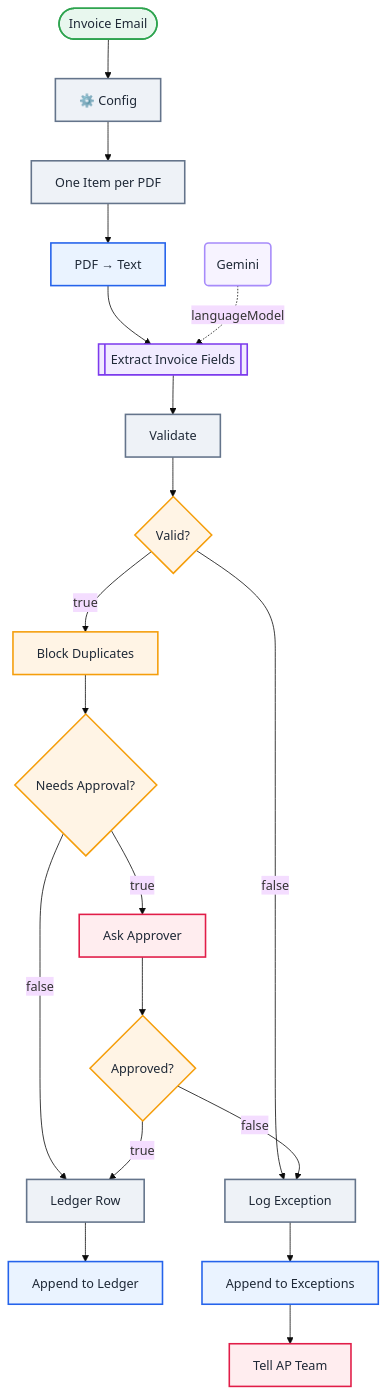
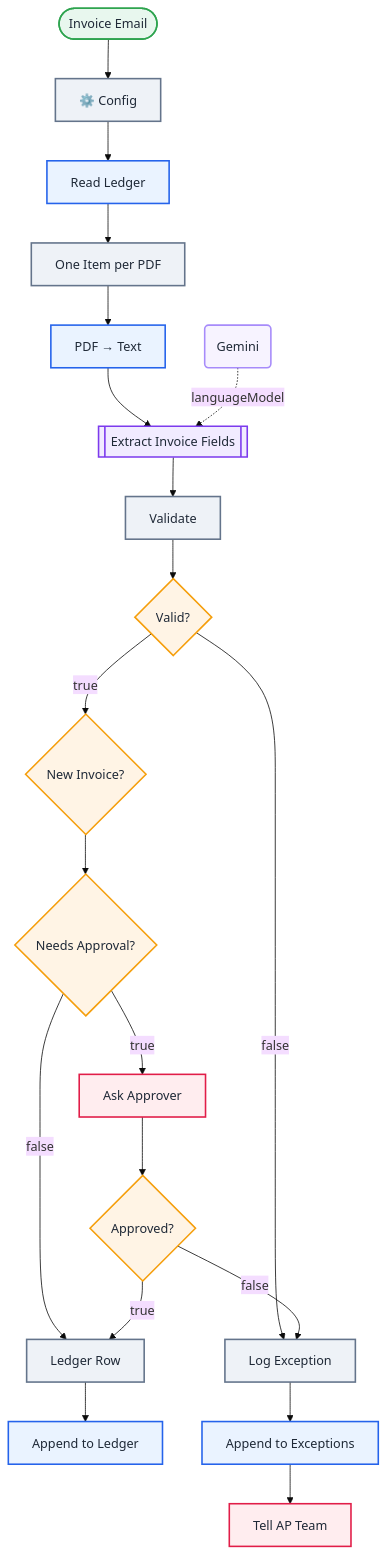
Before and after one commit to callme-siva/n8n-knowledge: the second of 2 diagrams in workflows/P01-invoice-processing-pipeline/README.md, drawn with Mermaid (base theme). The commit also changed other lines of this file and 118 other files, not shown here.

````diff
--- a/workflows/P01-invoice-processing-pipeline/README.md
+++ b/workflows/P01-invoice-processing-pipeline/README.md
@@ -61,46 +59,48 @@
 ```mermaid
 flowchart TB
   n0(["Invoice Email"]):::trigger
   n1["⚙️ Config"]:::code
-  n2["One Item per PDF"]:::code
-  n3["PDF → Text"]:::data
-  n4[["Extract Invoice Fields"]]:::ai
-  n5("Gemini"):::sub
-  n6["Validate"]:::code
-  n7{"Valid?"}:::logic
-  n8["Block Duplicates"]:::logic
-  n9{"Needs Approval?"}:::logic
-  n10["Ask Approver"]:::msg
-  n11{"Approved?"}:::logic
-  n12["Ledger Row"]:::code
-  n13["Append to Ledger"]:::data
-  n14["Log Exception"]:::code
-  n15["Append to Exceptions"]:::data
-  n16["Tell AP Team"]:::msg
+  n2["Read Ledger"]:::data
+  n3["One Item per PDF"]:::code
+  n4["PDF → Text"]:::data
+  n5[["Extract Invoice Fields"]]:::ai
+  n6("Gemini"):::sub
+  n7["Validate"]:::code
+  n8{"Valid?"}:::logic
+  n9{"New Invoice?"}:::logic
+  n10{"Needs Approval?"}:::logic
+  n11["Ask Approver"]:::msg
+  n12{"Approved?"}:::logic
+  n13["Ledger Row"]:::code
+  n14["Append to Ledger"]:::data
+  n15["Log Exception"]:::code
+  n16["Append to Exceptions"]:::data
+  n17["Tell AP Team"]:::msg
   n0 --> n1
   n1 --> n2
   n2 --> n3
   n3 --> n4
-  n4 --> n6
-  n6 --> n7
-  n7 -->|"true"| n8
-  n7 -->|"false"| n14
-  n8 --> n9
-  n9 -->|"true"| n10
-  n9 -->|"false"| n12
-  n10 --> n11
-  n11 -->|"true"| n12
-  n11 -->|"false"| n14
-  n12 --> n13
-  n14 --> n15
+  n4 --> n5
+  n5 --> n7
+  n7 --> n8
+  n8 -->|"true"| n9
+  n8 -->|"false"| n15
+  n9 --> n10
+  n10 -->|"true"| n11
+  n10 -->|"false"| n13
+  n11 --> n12
+  n12 -->|"true"| n13
+  n12 -->|"false"| n15
+  n13 --> n14
   n15 --> n16
-  n5 -.->|languageModel| n4
+  n16 --> n17
+  n6 -.->|languageModel| n5
   classDef trigger fill:#E8F7EE,stroke:#2EA44F,stroke-width:2px,color:#1F2937
   classDef ai fill:#F1EBFF,stroke:#7C3AED,stroke-width:2px,color:#1F2937
   classDef sub fill:#F7F3FF,stroke:#A78BFA,stroke-width:2px,color:#1F2937
   classDef logic fill:#FFF4E5,stroke:#F59E0B,stroke-width:2px,color:#1F2937
   classDef code fill:#EEF2F7,stroke:#64748B,stroke-width:2px,color:#1F2937
   classDef data fill:#EAF3FF,stroke:#2563EB,stroke-width:2px,color:#1F2937
   classDef http fill:#E6FAF8,stroke:#0D9488,stroke-width:2px,color:#1F2937
   classDef msg fill:#FFEDEF,stroke:#E11D48,stroke-width:2px,color:#1F2937
 ```
````
